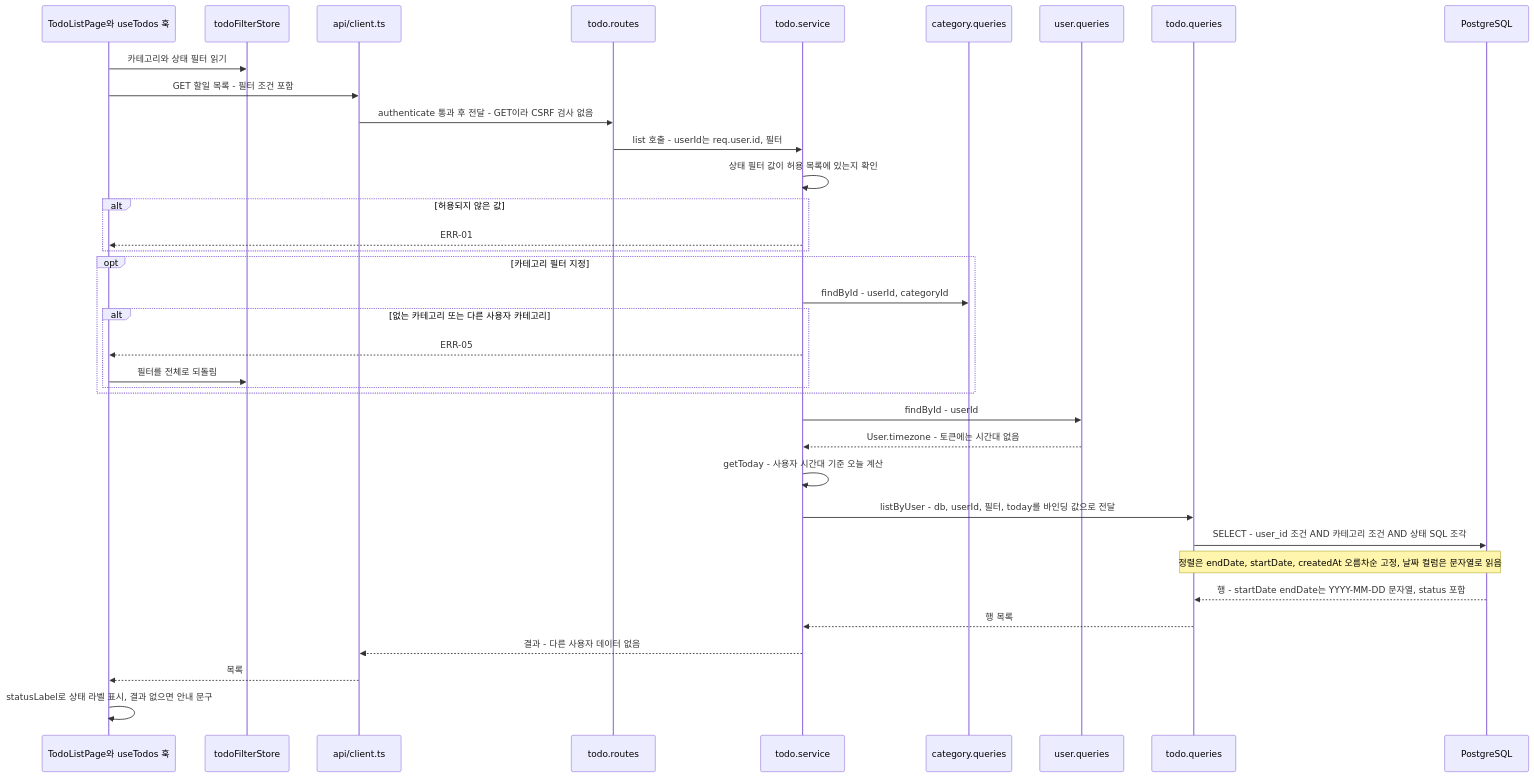
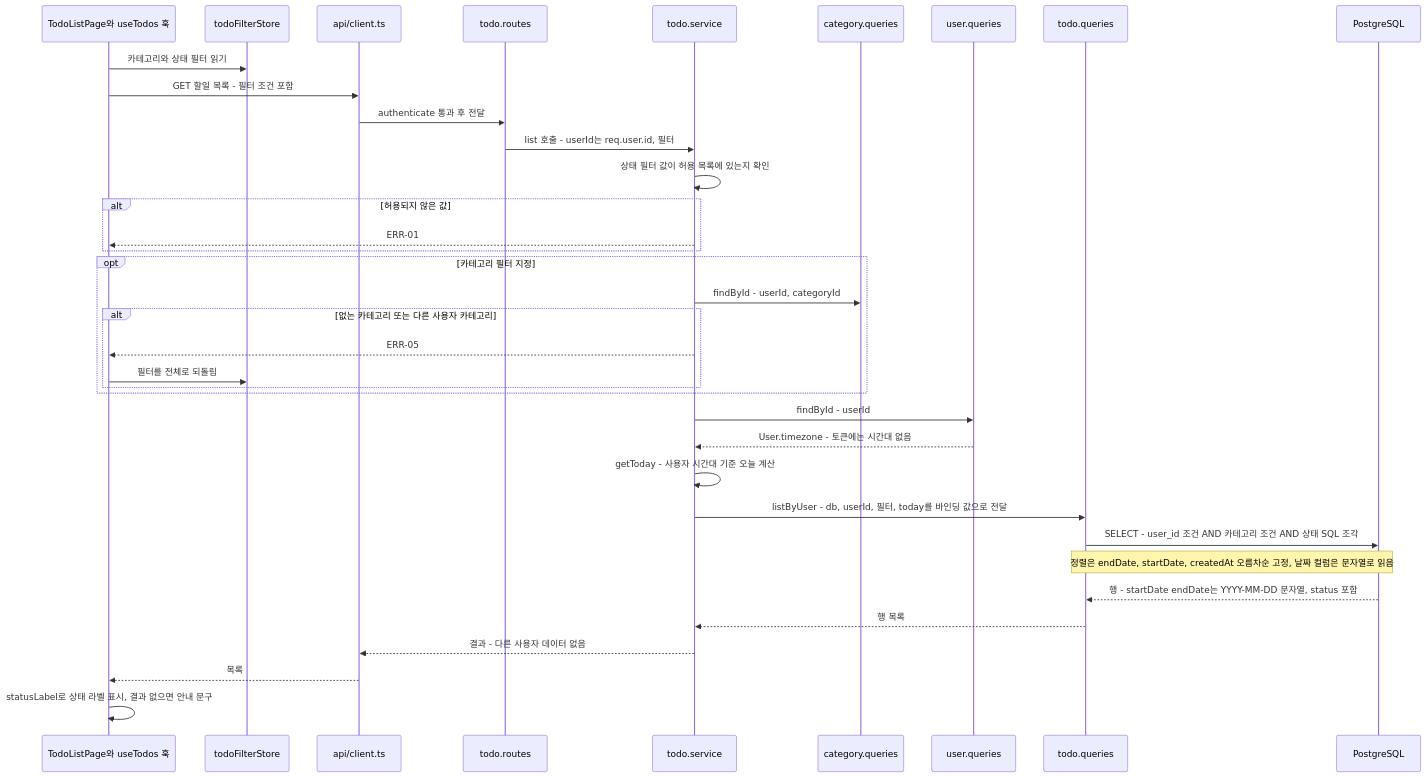
One commit to Palbok-Kim/todolist-app changed the eighth of 13 diagrams in docs/6-arch-diagram.md. Above: the diagram before and after it, drawn with Mermaid. The commit also changed other lines of this file and 42 other files, not shown here.

First line of the commit message:
refactor: CSRF 방어 제거, ERD·schema.sql 표기 일치화

````diff
--- a/docs/6-arch-diagram.md
+++ b/docs/6-arch-diagram.md
@@ -451,39 +434,39 @@
 ```mermaid
 sequenceDiagram
     participant UI as TodoListPage와 useTodos 훅
     participant ST as todoFilterStore
     participant CL as api/client.ts
     participant RT as todo.routes
     participant SV as todo.service
     participant CQ as category.queries
     participant UQ as user.queries
     participant TQ as todo.queries
     participant DB as PostgreSQL
 
     UI->>ST: 카테고리와 상태 필터 읽기
     UI->>CL: GET 할일 목록 - 필터 조건 포함
-    CL->>RT: authenticate 통과 후 전달 - GET이라 CSRF 검사 없음
+    CL->>RT: authenticate 통과 후 전달
     RT->>SV: list 호출 - userId는 req.user.id, 필터
     SV->>SV: 상태 필터 값이 허용 목록에 있는지 확인
     alt 허용되지 않은 값
         SV-->>UI: ERR-01
     end
     opt 카테고리 필터 지정
         SV->>CQ: findById - userId, categoryId
         alt 없는 카테고리 또는 다른 사용자 카테고리
             SV-->>UI: ERR-05
             UI->>ST: 필터를 전체로 되돌림
         end
     end
     SV->>UQ: findById - userId
     UQ-->>SV: User.timezone - 토큰에는 시간대 없음
     SV->>SV: getToday - 사용자 시간대 기준 오늘 계산
     SV->>TQ: listByUser - db, userId, 필터, today를 바인딩 값으로 전달
     TQ->>DB: SELECT - user_id 조건 AND 카테고리 조건 AND 상태 SQL 조각
     Note over TQ,DB: 정렬은 endDate, startDate, createdAt 오름차순 고정, 날짜 컬럼은 문자열로 읽음
     DB-->>TQ: 행 - startDate endDate는 YYYY-MM-DD 문자열, status 포함
     TQ-->>SV: 행 목록
     SV-->>CL: 결과 - 다른 사용자 데이터 없음
     CL-->>UI: 목록
     UI->>UI: statusLabel로 상태 라벨 표시, 결과 없으면 안내 문구
 ```
````
